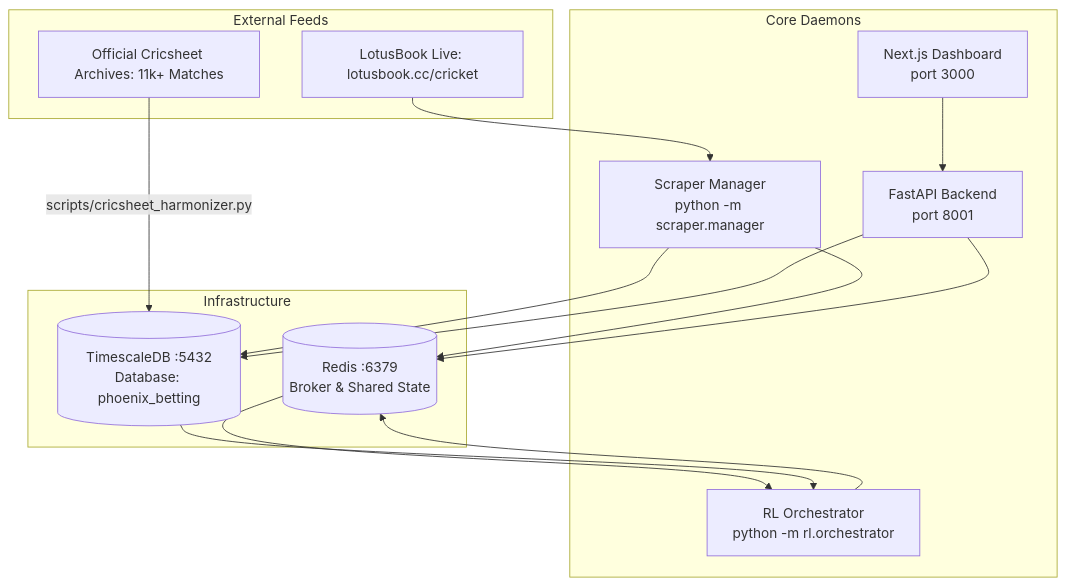
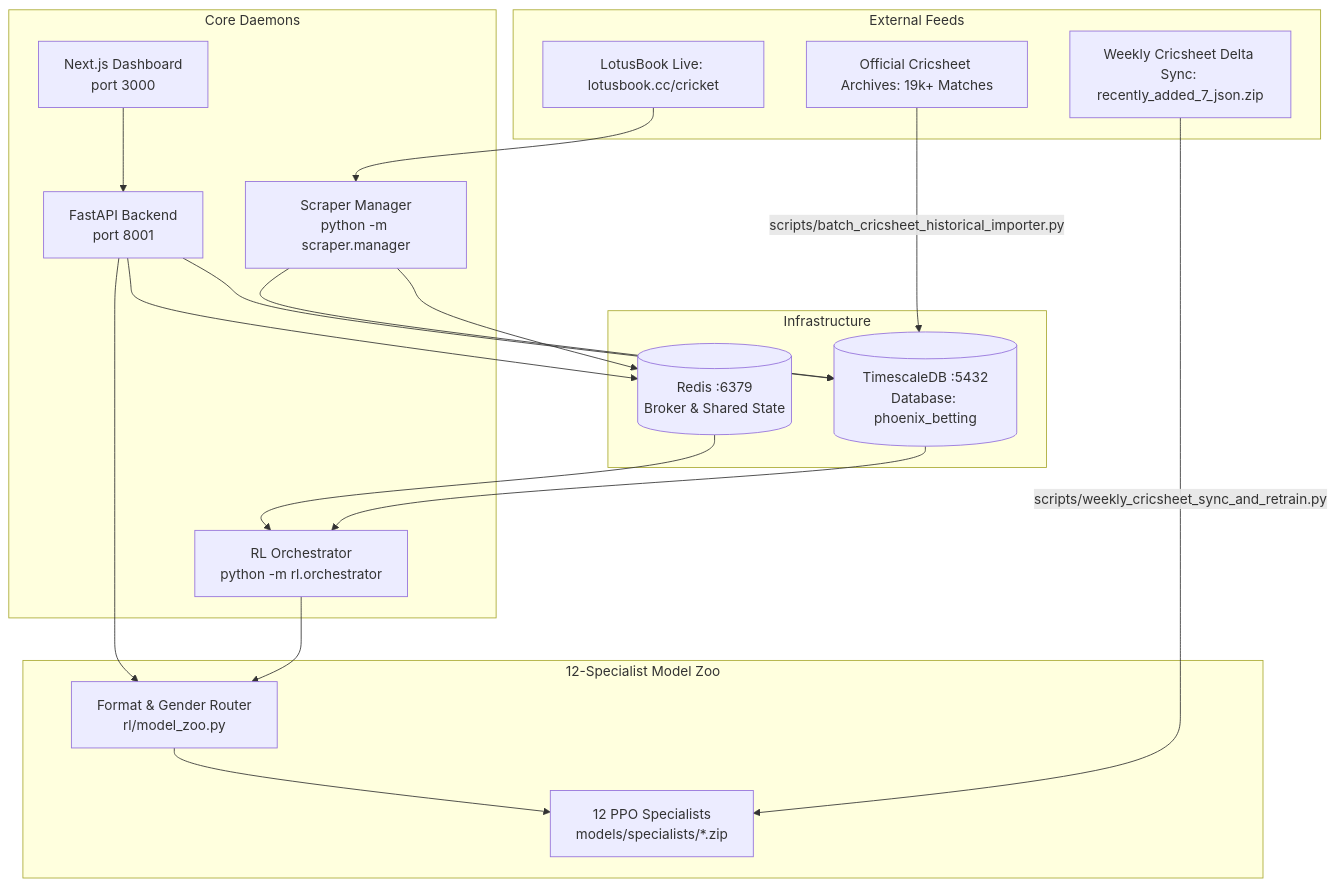
The diagram in docs/ADMIN_GUIDE.md (sohabena/prediction-claude), drawn with Mermaid before and after one commit. The commit also changed other lines of this file and 22 other files, not shown here.

Commit message:
docs: forensic synchronization of architecture, rules, guides, and workflows with 12-specialist strategy

````diff
--- a/docs/ADMIN_GUIDE.md
+++ b/docs/ADMIN_GUIDE.md
@@ -11,30 +11,39 @@
 ```mermaid
 flowchart TD
     subgraph "External Feeds"
         A[LotusBook Live: lotusbook.cc/cricket]
-        B[Official Cricsheet Archives: 11k+ Matches]
+        B[Official Cricsheet Archives: 19k+ Matches]
+        C[Weekly Cricsheet Delta Sync: recently_added_7_json.zip]
     end
 
     subgraph "Core Daemons"
-        C[Scraper Manager<br/>python -m scraper.manager]
-        D[RL Orchestrator<br/>python -m rl.orchestrator]
-        E[FastAPI Backend<br/>port 8001]
-        F[Next.js Dashboard<br/>port 3000]
+        D[Scraper Manager<br/>python -m scraper.manager]
+        E[RL Orchestrator<br/>python -m rl.orchestrator]
+        F[FastAPI Backend<br/>port 8001]
+        G[Next.js Dashboard<br/>port 3000]
     end
 
     subgraph "Infrastructure"
-        G[(TimescaleDB :5432<br/>Database: phoenix_betting)]
-        H[(Redis :6379<br/>Broker & Shared State)]
+        H[(TimescaleDB :5432<br/>Database: phoenix_betting)]
+        I[(Redis :6379<br/>Broker & Shared State)]
     end
 
-    A --> C
-    B -->|scripts/cricsheet_harmonizer.py| G
-    C --> H
-    C --> G
-    H --> D
-    G --> D
+    subgraph "12-Specialist Model Zoo"
+        J[Format & Gender Router<br/>rl/model_zoo.py]
+        K[12 PPO Specialists<br/>models/specialists/*.zip]
+    end
+
+    A --> D
+    B -->|scripts/batch_cricsheet_historical_importer.py| H
+    C -->|scripts/weekly_cricsheet_sync_and_retrain.py| K
+    D --> I
     D --> H
-    E --> G
-    E --> H
-    F --> E
+    I --> E
+    H --> E
+    E --> J
+    J --> K
+    F --> H
+    F --> I
+    F --> J
+    G --> F
 ```
````
